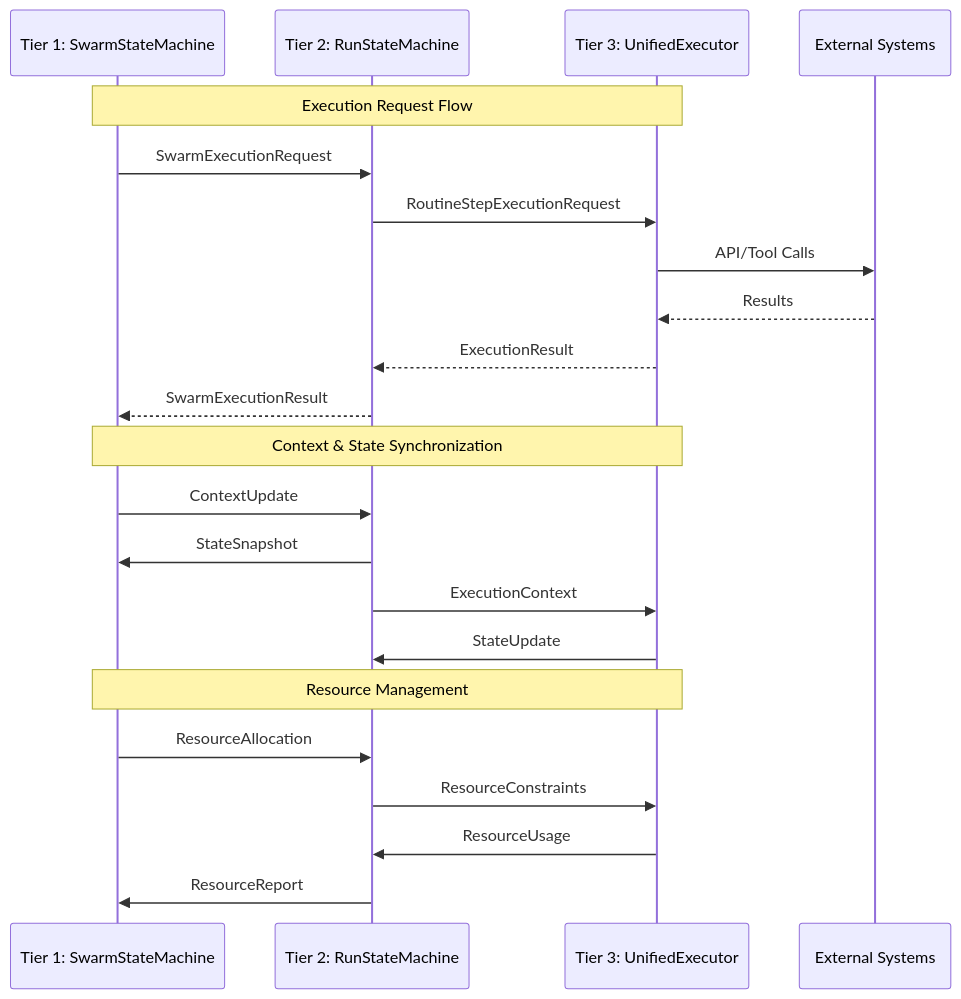
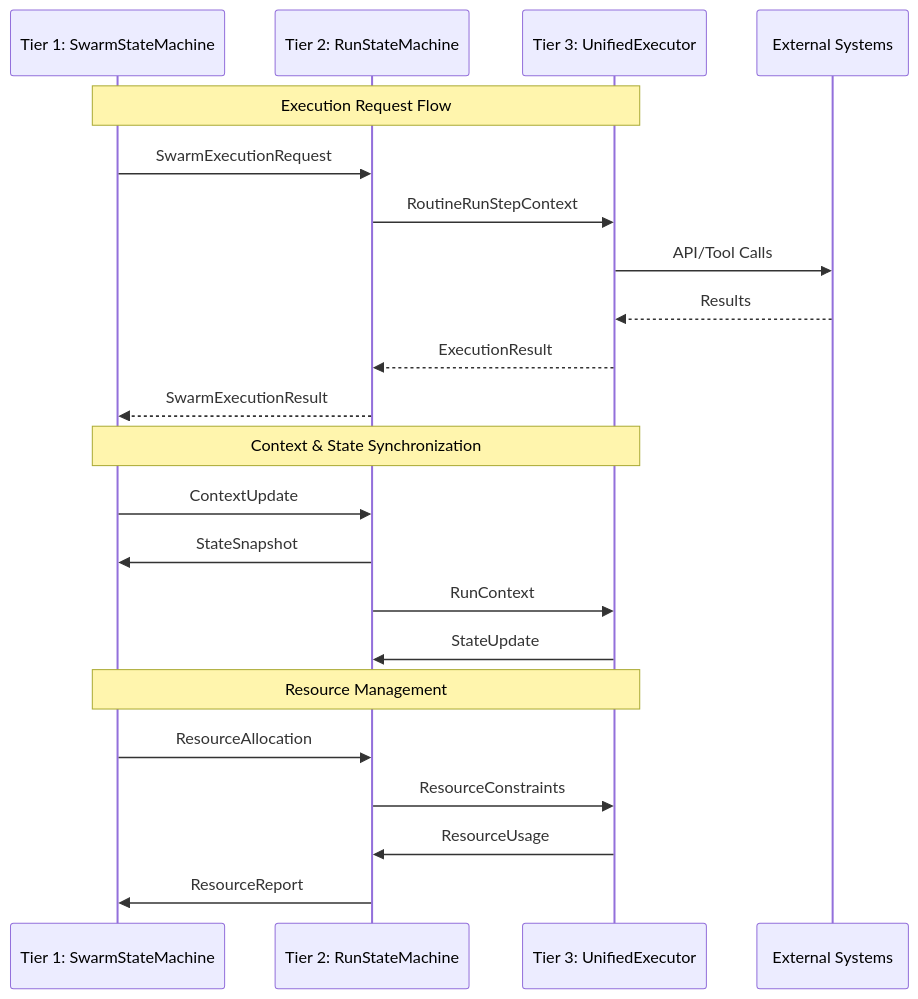
Diagram 28 of 49 in docs/ai-execution-architecture.md (Vrooli/Vrooli), drawn with Mermaid before and after one commit. The commit also changed other lines of this file, not shown here.

Commit message:
Execution architecture p13

````diff
--- a/docs/ai-execution-architecture.md
+++ b/docs/ai-execution-architecture.md
@@ -2423,27 +2323,27 @@
 ```mermaid
 sequenceDiagram
     participant T1 as Tier 1: SwarmStateMachine
     participant T2 as Tier 2: RunStateMachine
     participant T3 as Tier 3: UnifiedExecutor
     participant Ext as External Systems
 
     Note over T1,T3: Execution Request Flow
     T1->>T2: SwarmExecutionRequest
-    T2->>T3: RoutineStepExecutionRequest
+    T2->>T3: RoutineRunStepContext
     T3->>Ext: API/Tool Calls
     Ext-->>T3: Results
     T3-->>T2: ExecutionResult
     T2-->>T1: SwarmExecutionResult
 
     Note over T1,T3: Context & State Synchronization
     T1->>T2: ContextUpdate
     T2->>T1: StateSnapshot
-    T2->>T3: ExecutionContext
+    T2->>T3: RunContext
     T3->>T2: StateUpdate
 
     Note over T1,T3: Resource Management
     T1->>T2: ResourceAllocation
     T2->>T3: ResourceConstraints
     T3->>T2: ResourceUsage
     T2->>T1: ResourceReport
 ```
````
